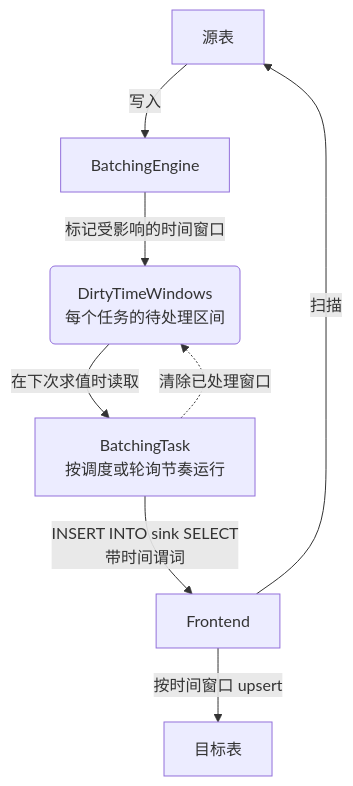
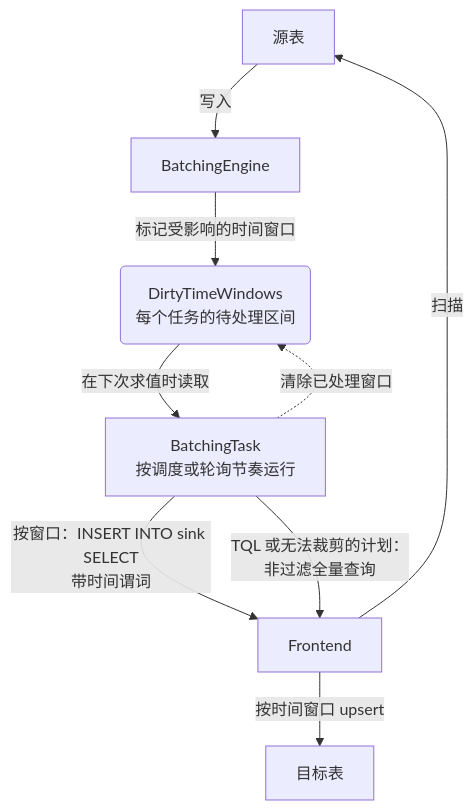
The diagram in i18n/zh/docusaurus-plugin-content-docs/current/contributor-guide/flownode/batching_mode.md (GreptimeTeam/docs), drawn with Mermaid before and after one commit. The commit also changed 15 other files, not shown here.

````diff
--- a/i18n/zh/docusaurus-plugin-content-docs/current/contributor-guide/flownode/batching_mode.md
+++ b/i18n/zh/docusaurus-plugin-content-docs/current/contributor-guide/flownode/batching_mode.md
@@ -25,10 +25,11 @@
 ```mermaid
 flowchart TB
     SRC["源表"] -->|"写入"| ENG["BatchingEngine"]
     ENG -->|"标记受影响的时间窗口"| DTW("DirtyTimeWindows<br/>每个任务的待处理区间")
     DTW -->|"在下次求值时读取"| RUN["BatchingTask<br/>按调度或轮询节奏运行"]
     RUN -.->|"清除已处理窗口"| DTW
-    RUN -->|"INSERT INTO sink SELECT<br/>带时间谓词"| FE["Frontend"]
+    RUN -->|"按窗口：INSERT INTO sink SELECT<br/>带时间谓词"| FE["Frontend"]
+    RUN -->|"TQL 或无法裁剪的计划：<br/>非过滤全量查询"| FE
     FE -->|"扫描"| SRC
     FE -->|"按时间窗口 upsert"| SINK["目标表"]
 ```
````
